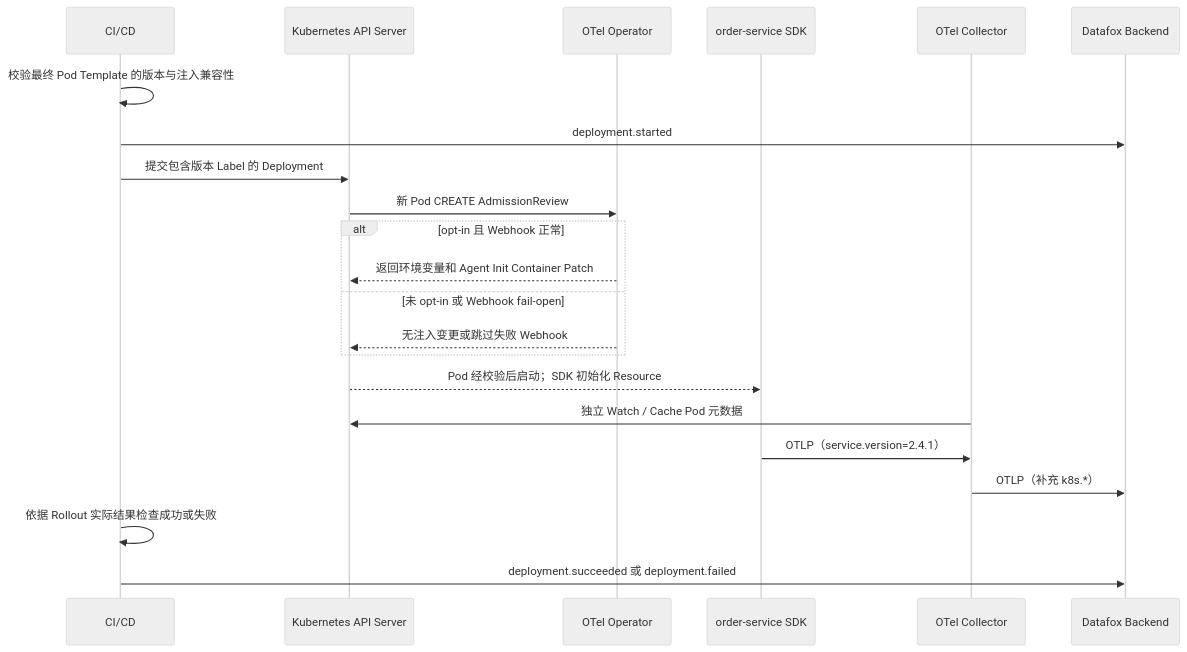
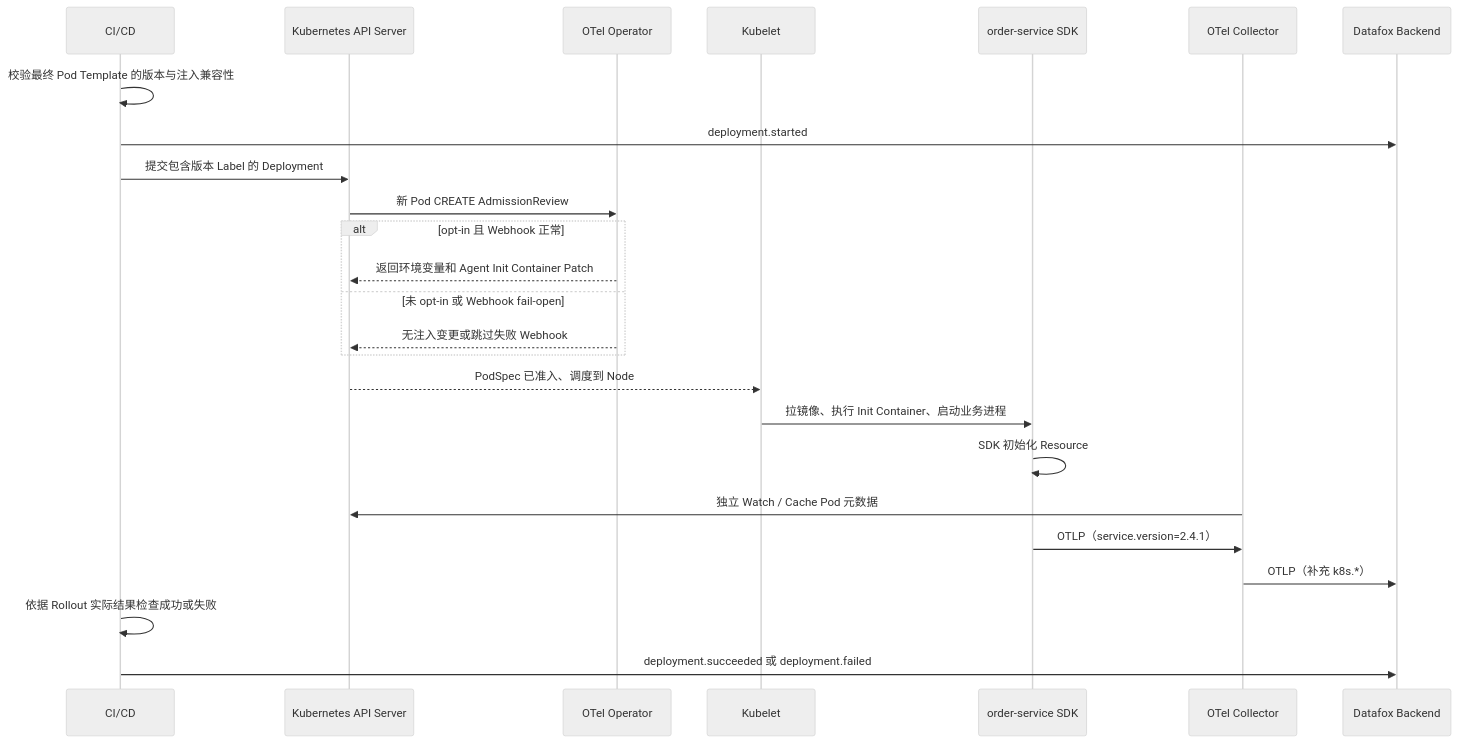
Before and after one commit to datafoxlabs/datafox-kubernetes: the fourth of 4 diagrams in docs/architecture.md, drawn with Mermaid (neutral theme). The commit also changed other lines of this file, not shown here.

Commit message:
docs: distinguish API admission from kubelet pod startup in architecture views

```diff
--- a/docs/architecture.md
+++ b/docs/architecture.md
@@ -238,25 +239,28 @@
 ~~~mermaid
 sequenceDiagram
     participant CI as CI/CD
     participant API as Kubernetes API Server
     participant OP as OTel Operator
+    participant Node as Kubelet
     participant App as order-service SDK
     participant COL as OTel Collector
     participant DF as Datafox Backend
 
     CI->>CI: 校验最终 Pod Template 的版本与注入兼容性
     CI->>DF: deployment.started
     CI->>API: 提交包含版本 Label 的 Deployment
     API->>OP: 新 Pod CREATE AdmissionReview
     alt opt-in 且 Webhook 正常
         OP-->>API: 返回环境变量和 Agent Init Container Patch
     else 未 opt-in 或 Webhook fail-open
         OP-->>API: 无注入变更或跳过失败 Webhook
     end
-    API-->>App: Pod 经校验后启动；SDK 初始化 Resource
+    API-->>Node: PodSpec 已准入、调度到 Node
+    Node->>App: 拉镜像、执行 Init Container、启动业务进程
+    App->>App: SDK 初始化 Resource
     COL->>API: 独立 Watch / Cache Pod 元数据
     App->>COL: OTLP（service.version=2.4.1）
     COL->>DF: OTLP（补充 k8s.*）
     CI->>CI: 依据 Rollout 实际结果检查成功或失败
     CI->>DF: deployment.succeeded 或 deployment.failed
 ~~~
```
